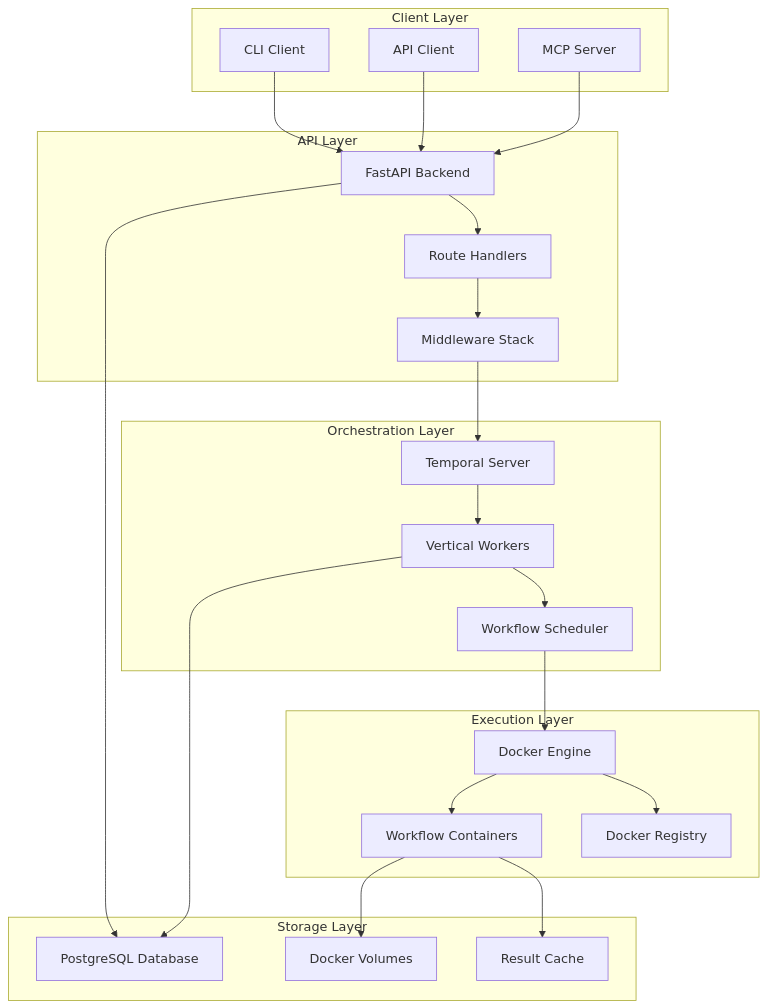
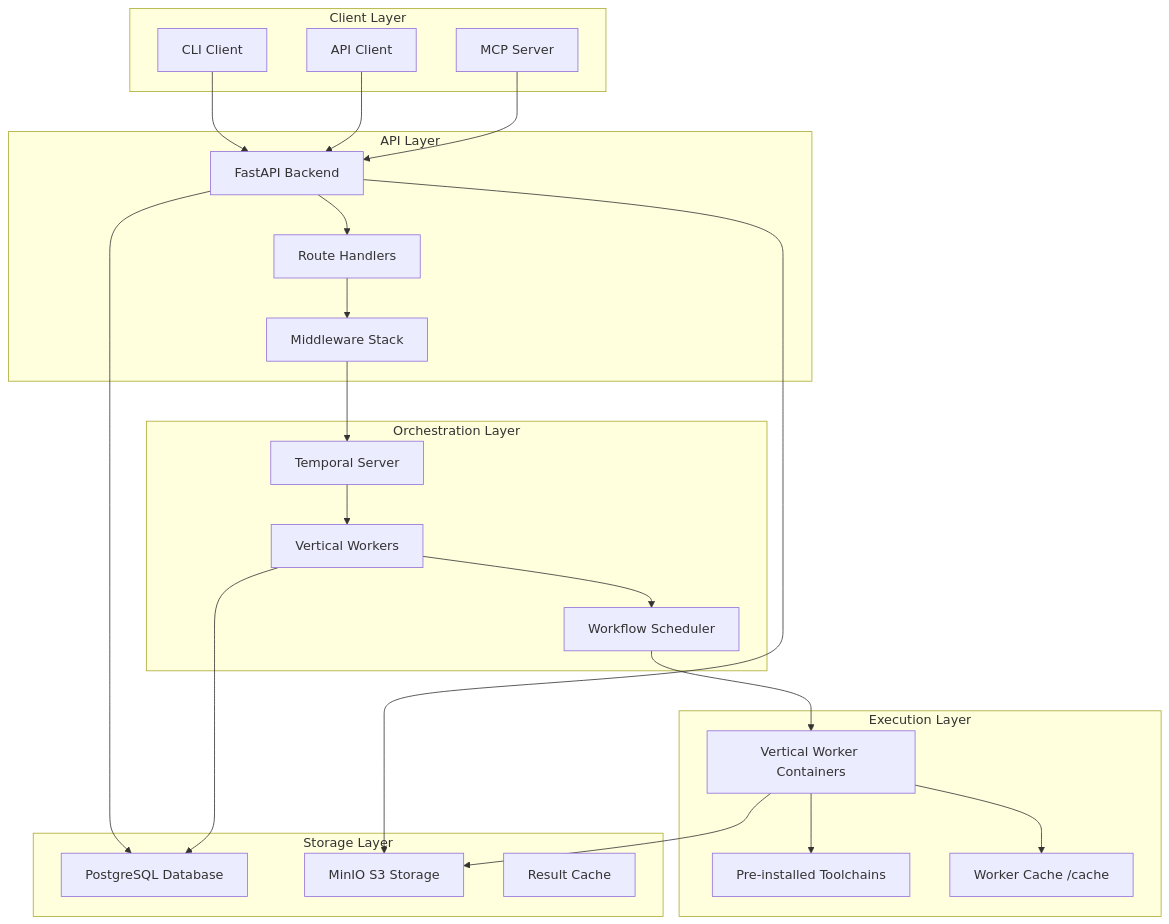
The first of 2 diagrams in docs/docs/concept/architecture.md (FuzzingLabs/fuzzforge_ai), drawn with Mermaid before and after one commit. The commit also changed other lines of this file, not shown here.

Commit message:
docs: Update architecture diagram to reflect Temporal/MinIO architecture
- Removed Docker Registry from execution layer diagram
- Updated diagram to show vertical workers with MinIO storage
- Removed obsolete COMPOSE_PROJECT_NAME from example configuration

````diff
--- a/docs/docs/concept/architecture.md
+++ b/docs/docs/concept/architecture.md
@@ -34,52 +34,52 @@
 ```mermaid
 graph TB
     subgraph "Client Layer"
         CLI[CLI Client]
         API_Client[API Client]
         MCP[MCP Server]
     end
 
     subgraph "API Layer"
         FastAPI[FastAPI Backend]
         Router[Route Handlers]
         Middleware[Middleware Stack]
     end
 
     subgraph "Orchestration Layer"
         Temporal[Temporal Server]
         Workers[Vertical Workers]
         Scheduler[Workflow Scheduler]
     end
 
     subgraph "Execution Layer"
-        Docker[Docker Engine]
-        Containers[Workflow Containers]
-        Registry[Docker Registry]
+        VerticalWorkers[Vertical Worker Containers]
+        Tools[Pre-installed Toolchains]
+        WorkerCache[Worker Cache /cache]
     end
 
     subgraph "Storage Layer"
         PostgreSQL[PostgreSQL Database]
-        Volumes[Docker Volumes]
+        MinIO[MinIO S3 Storage]
         Cache[Result Cache]
     end
 
     CLI --> FastAPI
     API_Client --> FastAPI
     MCP --> FastAPI
 
     FastAPI --> Router
     Router --> Middleware
     Middleware --> Temporal
 
     Temporal --> Workers
     Workers --> Scheduler
-    Scheduler --> Docker
+    Scheduler --> VerticalWorkers
 
-    Docker --> Containers
-    Docker --> Registry
-    Containers --> Volumes
+    VerticalWorkers --> Tools
+    VerticalWorkers --> WorkerCache
+    VerticalWorkers --> MinIO
 
     FastAPI --> PostgreSQL
     Workers --> PostgreSQL
-    Containers --> Cache
+    FastAPI --> MinIO
 ```
````
